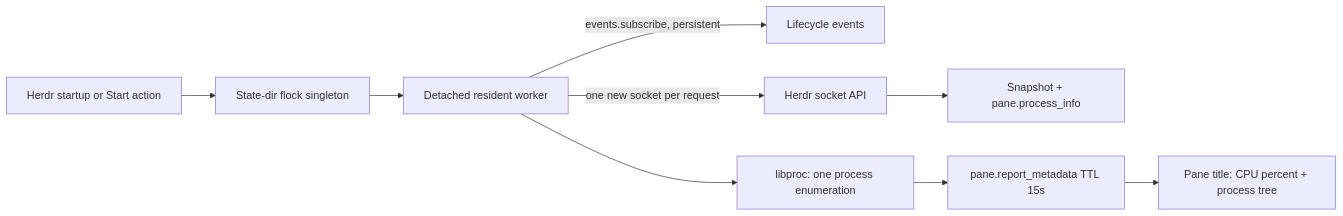
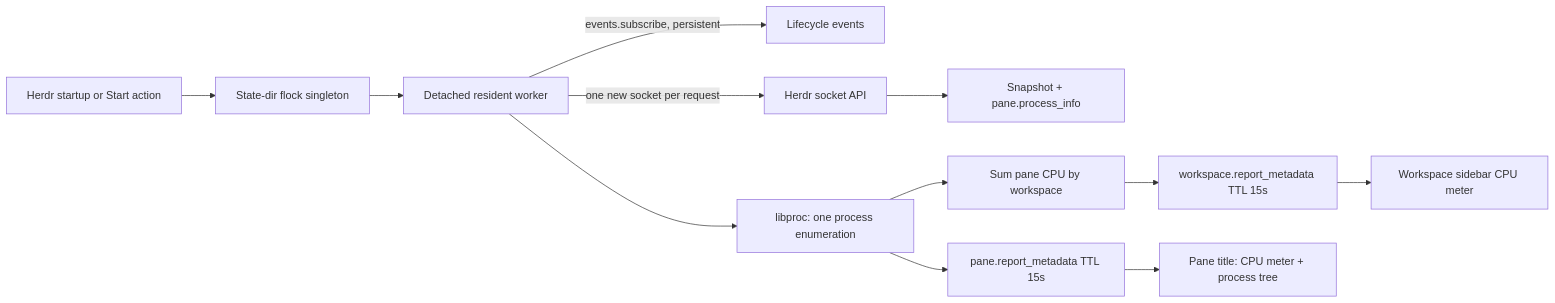
The diagram in herdr-plugins/pane-load/README.md (unphased/vim-config), drawn with Mermaid before and after one commit. The commit also changed other lines of this file and 3 other files, not shown here.

First line of the commit message:
Show aggregate CPU meters in Herdr workspaces

````diff
--- a/herdr-plugins/pane-load/README.md
+++ b/herdr-plugins/pane-load/README.md
@@ -7,11 +9,14 @@
 ```mermaid
 flowchart LR
   Start[Herdr startup or Start action] --> Lock[State-dir flock singleton]
   Lock --> Worker[Detached resident worker]
   Worker -->|events.subscribe, persistent| Events[Lifecycle events]
   Worker -->|one new socket per request| API[Herdr socket API]
   API --> Snapshot[Snapshot + pane.process_info]
   Worker --> Libproc[libproc: one process enumeration]
-  Libproc --> Metadata[pane.report_metadata TTL 15s]
-  Metadata --> Chrome[Pane title: CPU percent + process tree]
+  Libproc --> PaneMetadata[pane.report_metadata TTL 15s]
+  Libproc --> Aggregate[Sum pane CPU by workspace]
+  Aggregate --> WorkspaceMetadata[workspace.report_metadata TTL 15s]
+  PaneMetadata --> Chrome[Pane title: CPU meter + process tree]
+  WorkspaceMetadata --> Sidebar[Workspace sidebar CPU meter]
 ```
````
